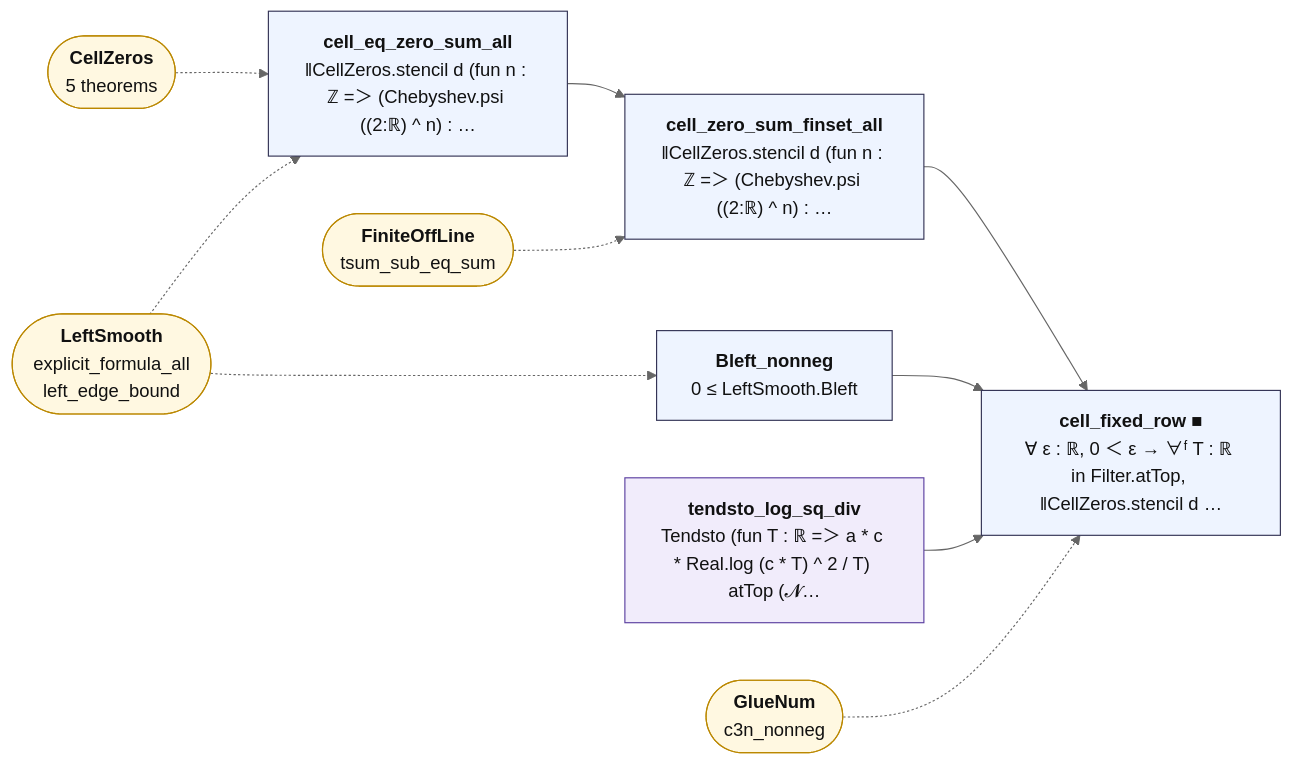
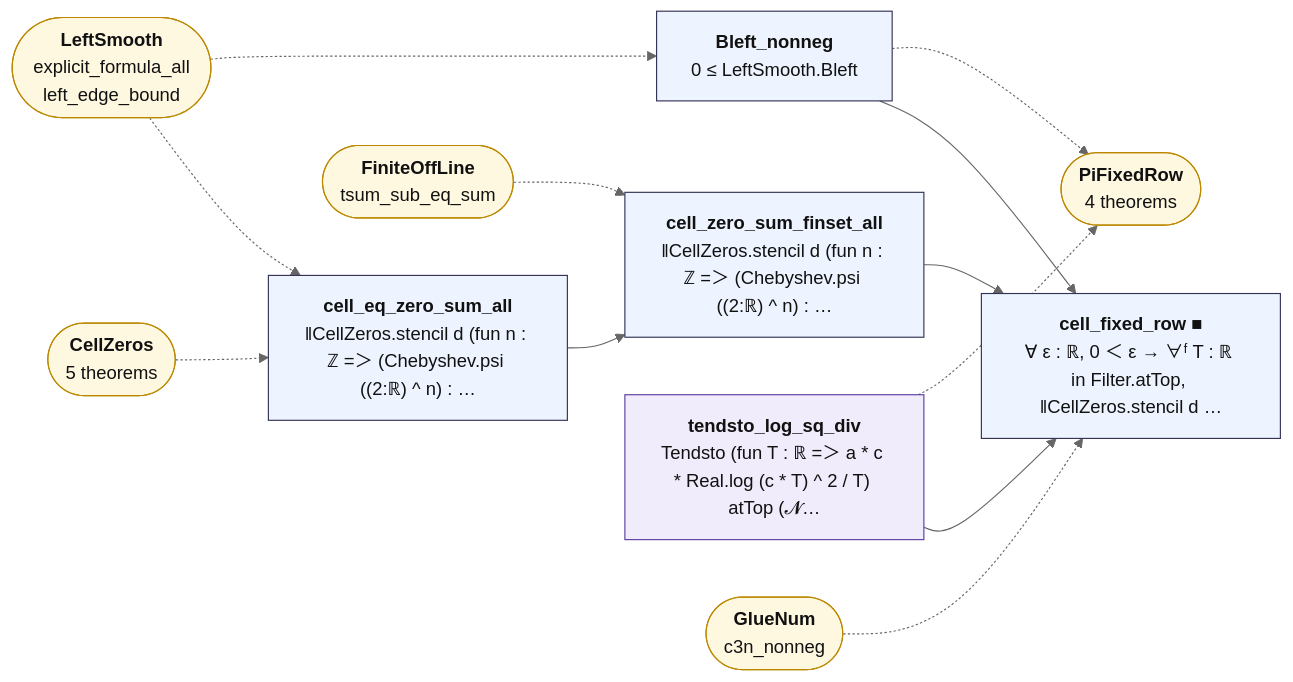
Before and after one commit to juliansambranojr/Primebeat_081426: the diagram in map/lean_stage3/CellFixedRow.md, drawn with Mermaid (neutral theme). The commit also changed other lines of this file and 46 other files, not shown here.

````diff
--- a/map/lean_stage3/CellFixedRow.md
+++ b/map/lean_stage3/CellFixedRow.md
@@ -14,29 +14,32 @@
 ```mermaid
 flowchart LR
   n0["<b>cell_eq_zero_sum_all</b><br/>‖CellZeros.stencil d (fun n : ℤ =＞ (Chebyshev.psi ((2:ℝ) ^ n) : …"]:::thm
   n1["<b>cell_zero_sum_finset_all</b><br/>‖CellZeros.stencil d (fun n : ℤ =＞ (Chebyshev.psi ((2:ℝ) ^ n) : …"]:::thm
   n2["<b>Bleft_nonneg</b><br/>0 ≤ LeftSmooth.Bleft"]:::thm
   n3["<b>tendsto_log_sq_div</b><br/>Tendsto (fun T : ℝ =＞ a * c * Real.log (c * T) ^ 2 / T) atTop (𝓝…"]:::shp
   n4["<b>cell_fixed_row ■</b><br/>∀ ε : ℝ, 0 ＜ ε → ∀ᶠ T : ℝ in Filter.atTop, ‖CellZeros.stencil d …"]:::thm
   x0(["<b>CellZeros</b><br/>5 theorems"]):::ext
   x1(["<b>LeftSmooth</b><br/>explicit_formula_all<br/>left_edge_bound"]):::ext
   x2(["<b>FiniteOffLine</b><br/>tsum_sub_eq_sum"]):::ext
-  x3(["<b>GlueNum</b><br/>c3n_nonneg"]):::ext
+  x3(["<b>PiFixedRow</b><br/>4 theorems"]):::ext
+  x4(["<b>GlueNum</b><br/>c3n_nonneg"]):::ext
   n0 --> n1
   n1 --> n4
   n2 --> n4
   n3 --> n4
+  n2 -.-> x3
+  n3 -.-> x3
   x0 -.-> n0
   x1 -.-> n0
   x1 -.-> n2
   x2 -.-> n1
-  x3 -.-> n4
+  x4 -.-> n4
   classDef cnt fill:#dff5ec,stroke:#17694a,color:#111
   classDef shp fill:#f1ecfb,stroke:#5b3fa0,color:#111
   classDef rh fill:#ffe5e5,stroke:#c22,color:#111,stroke-width:2px
   classDef thm fill:#eef4ff,stroke:#335,color:#111
   classDef end_ fill:#e7f7e7,stroke:#2a7,color:#111,stroke-width:2px
   classDef lone fill:#fff,stroke:#999,color:#111,stroke-dasharray:4 3
   classDef bad fill:#ffe5e5,stroke:#c22,color:#111,stroke-width:2px
   classDef ext fill:#fff8e1,stroke:#b80,color:#111
 ```
````
